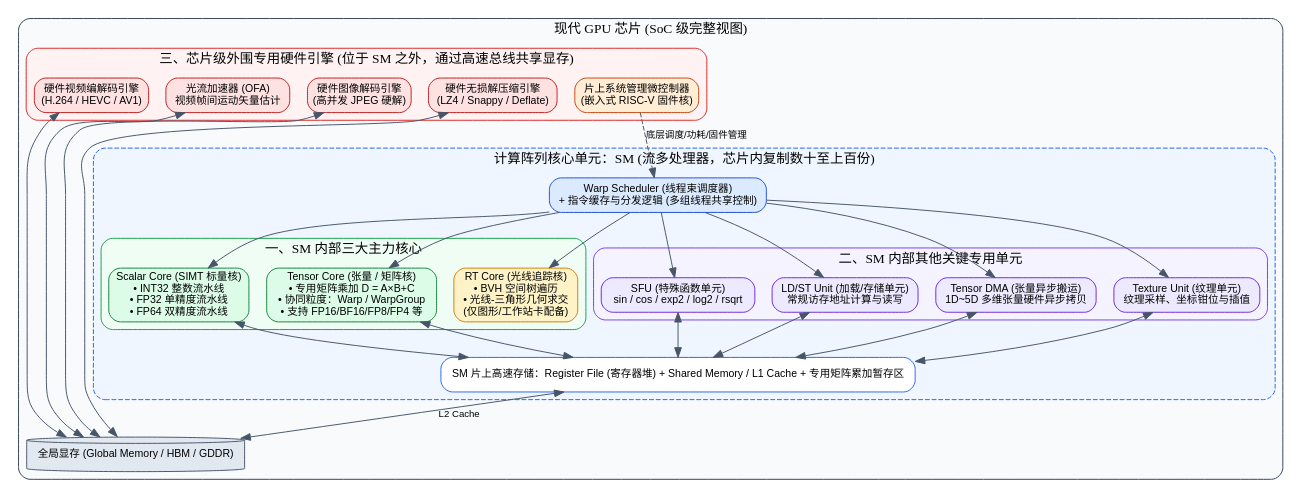
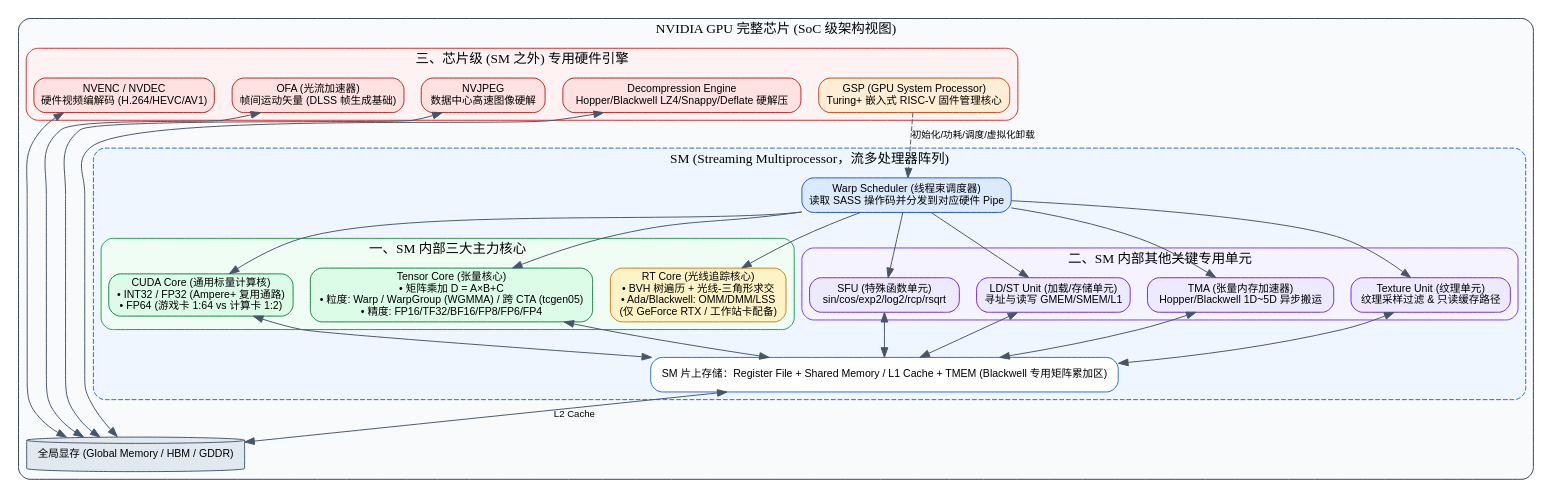
One commit to hqu-little-boy/blog changed the second of 7 diagrams in src/content/posts/gpu-heterogeneous-cores-programming-and-tensor-core-architecture-guide.md. Above: the diagram before and after it, drawn with Graphviz. The commit also changed other lines of this file, not shown here.

Commit message:
docs: 恢复 NVIDIA GPU 真实架构、CUDA/PTX/SASS 与官方 API/SDK 完整细节

````diff
--- a/src/content/posts/gpu-heterogeneous-cores-programming-and-tensor-core-architecture-guide.md
+++ b/src/content/posts/gpu-heterogeneous-cores-programming-and-tensor-core-architecture-guide.md
@@ -90,82 +85,82 @@
 ```dot
-digraph GPUArchitecture {
+digraph NVIDIAGPUArch {
     rankdir=TB;
     node [shape=box, style="rounded,filled", fontname="sans-serif", fontsize=11];
     edge [color="#475569", fontname="sans-serif", fontsize=10];
 
     subgraph cluster_soc {
-        label="现代 GPU 芯片 (SoC 级完整视图)";
+        label="NVIDIA GPU 完整芯片 (SoC 级架构视图)";
         style="rounded";
         color="#334155";
         bgcolor="#f8fafc";
 
         subgraph cluster_sm {
-            label="计算阵列核心单元：SM (流多处理器，芯片内复制数十至上百份)";
+            label="SM (Streaming Multiprocessor，流多处理器阵列)";
             style="rounded,dashed";
             color="#2563eb";
             bgcolor="#eff6ff";
 
-            sched [label="Warp Scheduler (线程束调度器)\n+ 指令缓存与分发逻辑 (多组线程共享控制)", fillcolor="#dbeafe", color="#1d4ed8"];
+            sched [label="Warp Scheduler (线程束调度器)\n读取 SASS 操作码并分发到对应硬件 Pipe", fillcolor="#dbeafe", color="#1d4ed8"];
 
             subgraph cluster_main_cores {
                 label="一、SM 内部三大主力核心";
                 style="rounded";
                 color="#16a34a";
                 bgcolor="#f0fdf4";
-                scalar [label="Scalar Core (SIMT 标量核)\n• INT32 整数流水线\n• FP32 单精度流水线\n• FP64 双精度流水线", fillcolor="#dcfce7", color="#15803d"];
-                tensor [label="Tensor Core (张量 / 矩阵核)\n• 专用矩阵乘加 D = A×B+C\n• 协同粒度：Warp / WarpGroup\n• 支持 FP16/BF16/FP8/FP4 等", fillcolor="#dcfce7", color="#15803d"];
-                rt [label="RT Core (光线追踪核)\n• BVH 空间树遍历\n• 光线-三角形几何求交\n(仅图形/工作站卡配备)", fillcolor="#fef3c7", color="#d97706"];
+                cuda [label="CUDA Core (通用标量计算核)\n• INT32 / FP32 (Ampere+ 复用通路)\n• FP64 (游戏卡 1:64 vs 计算卡 1:2)", fillcolor="#dcfce7", color="#15803d"];
+                tensor [label="Tensor Core (张量核心)\n• 矩阵乘加 D = A×B+C\n• 粒度: Warp / WarpGroup (WGMMA) / 跨 CTA (tcgen05)\n• 精度: FP16/TF32/BF16/FP8/FP6/FP4", fillcolor="#dcfce7", color="#15803d"];
+                rt [label="RT Core (光线追踪核心)\n• BVH 树遍历 + 光线-三角形求交\n• Ada/Blackwell: OMM/DMM/LSS\n(仅 GeForce RTX / 工作站卡配备)", fillcolor="#fef3c7", color="#d97706"];
             }
 
             subgraph cluster_aux_units {
                 label="二、SM 内部其他关键专用单元";
                 style="rounded";
                 color="#7c3aed";
                 bgcolor="#f5f3ff";
-                sfu [label="SFU (特殊函数单元)\nsin / cos / exp2 / log2 / rsqrt", fillcolor="#ede9fe", color="#6d28d9"];
-                ldst [label="LD/ST Unit (加载/存储单元)\n常规访存地址计算与读写", fillcolor="#ede9fe", color="#6d28d9"];
-                tdma [label="Tensor DMA (张量异步搬运)\n1D~5D 多维张量硬件异步拷贝", fillcolor="#ede9fe", color="#6d28d9"];
-                tex [label="Texture Unit (纹理单元)\n纹理采样、坐标钳位与插值", fillcolor="#ede9fe", color="#6d28d9"];
+                sfu [label="SFU (特殊函数单元)\nsin/cos/exp2/log2/rcp/rsqrt", fillcolor="#ede9fe", color="#6d28d9"];
+                ldst [label="LD/ST Unit (加载/存储单元)\n寻址与读写 GMEM/SMEM/L1", fillcolor="#ede9fe", color="#6d28d9"];
+                tma [label="TMA (张量内存加速器)\nHopper/Blackwell 1D~5D 异步搬运", fillcolor="#ede9fe", color="#6d28d9"];
+                tex [label="Texture Unit (纹理单元)\n纹理采样过滤 & 只读缓存路径", fillcolor="#ede9fe", color="#6d28d9"];
             }
 
-            mem [label="SM 片上高速存储：Register File (寄存器堆) + Shared Memory / L1 Cache + 专用矩阵累加暂存区", fillcolor="#ffffff", color="#2563eb"];
+            mem [label="SM 片上存储：Register File + Shared Memory / L1 Cache + TMEM (Blackwell 专用矩阵累加区)", fillcolor="#ffffff", color="#2563eb"];
 
-            sched -> scalar;
+            sched -> cuda;
             sched -> tensor;
             sched -> rt;
             sched -> sfu;
             sched -> ldst;
-            sched -> tdma;
+            sched -> tma;
             sched -> tex;
 
-            scalar -> mem [dir=both];
+            cuda -> mem [dir=both];
             tensor -> mem [dir=both];
             sfu -> mem [dir=both];
             ldst -> mem [dir=both];
-            tdma -> mem [dir=both];
+            tma -> mem [dir=both];
             tex -> mem [dir=both];
         }
 
         subgraph cluster_periph {
-            label="三、芯片级外围专用硬件引擎 (位于 SM 之外，通过高速总线共享显存)";
+            label="三、芯片级 (SM 之外) 专用硬件引擎";
             style="rounded";
             color="#dc2626";
             bgcolor="#fef2f2";
-            vcodec [label="硬件视频编解码引擎\n(H.264 / HEVC / AV1)", fillcolor="#fee2e2", color="#b91c1c"];
-            ofa [label="光流加速器 (OFA)\n视频帧间运动矢量估计", fillcolor="#fee2e2", color="#b91c1c"];
-            jpeg [label="硬件图像解码引擎\n(高并发 JPEG 硬解)", fillcolor="#fee2e2", color="#b91c1c"];
-            decomp [label="硬件无损解压缩引擎\n(LZ4 / Snappy / Deflate)", fillcolor="#fee2e2", color="#b91c1c"];
-            mcu [label="片上系统管理微控制器\n(嵌入式 RISC-V 固件核)", fillcolor="#ffedd5", color="#c2410c"];
+            nvenc [label="NVENC / NVDEC\n硬件视频编解码 (H.264/HEVC/AV1)", fillcolor="#fee2e2", color="#b91c1c"];
+            ofa [label="OFA (光流加速器)\n帧间运动矢量 (DLSS 帧生成基础)", fillcolor="#fee2e2", color="#b91c1c"];
+            nvjpeg [label="NVJPEG\n数据中心高速图像硬解", fillcolor="#fee2e2", color="#b91c1c"];
+            decomp [label="Decompression Engine\nHopper/Blackwell LZ4/Snappy/Deflate 硬解压", fillcolor="#fee2e2", color="#b91c1c"];
+            gsp [label="GSP (GPU System Processor)\nTuring+ 嵌入式 RISC-V 固件管理核心", fillcolor="#ffedd5", color="#c2410c"];
         }
 
         vram [label="全局显存 (Global Memory / HBM / GDDR)", shape=cylinder, fillcolor="#e2e8f0", color="#475569"];
 
         mem -> vram [dir=both, label="L2 Cache"];
-        vcodec -> vram [dir=both];
+        nvenc -> vram [dir=both];
         ofa -> vram [dir=both];
-        jpeg -> vram [dir=both];
+        nvjpeg -> vram [dir=both];
         decomp -> vram [dir=both];
-        mcu -> sched [style=dashed, label="底层调度/功耗/固件管理"];
+        gsp -> sched [style=dashed, label="初始化/功耗/调度/虚拟化卸载"];
     }
 }
 ```
````
